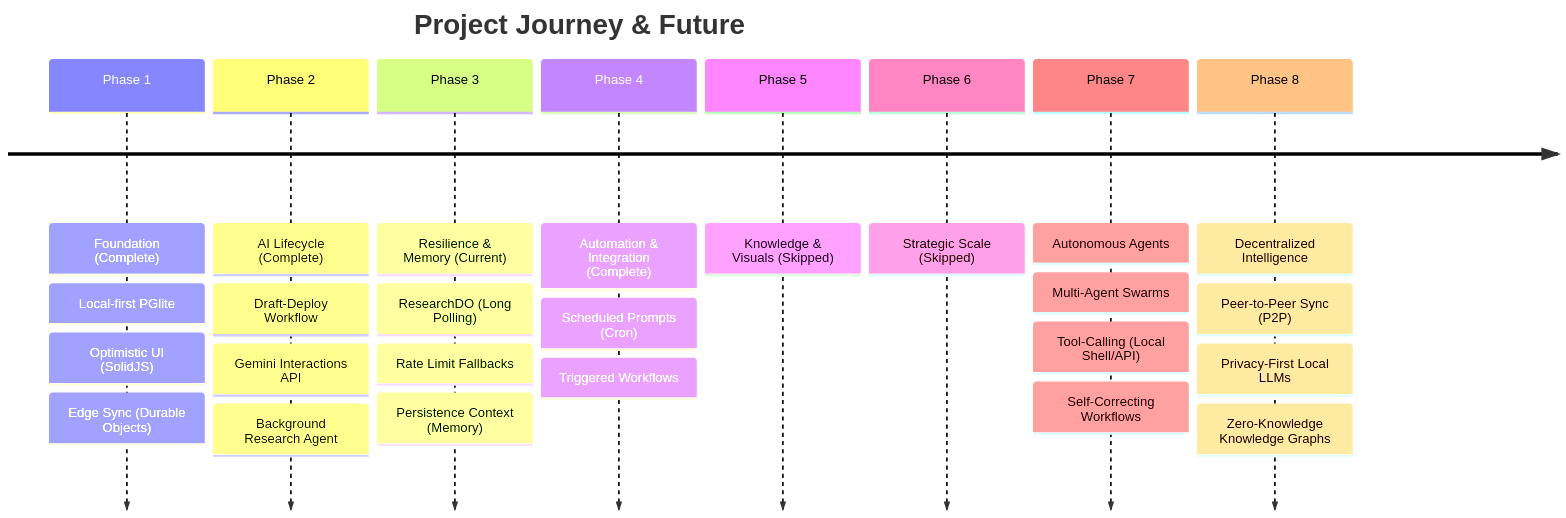
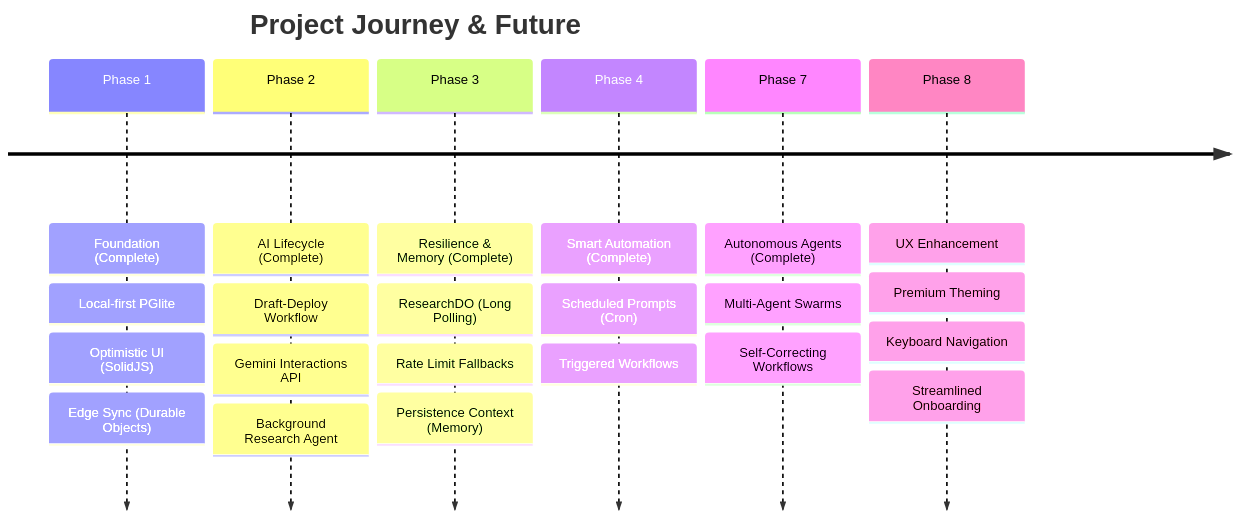
Before and after one commit to criticalinsight/trello-local-sync: the diagram in ROADMAP.md, drawn with Mermaid. The commit also changed other lines of this file and 1 other file, not shown here.

Commit message:
Ralph: Autonomous Iteration - Thu Jan 15 19:06:36 EAT 2026

````diff
--- a/ROADMAP.md
+++ b/ROADMAP.md
@@ -7,23 +7,20 @@
 ```mermaid
 timeline
     title Project Journey & Future
     Phase 1 : Foundation (Complete) : Local-first PGlite
             : Optimistic UI (SolidJS)
             : Edge Sync (Durable Objects)
     Phase 2 : AI Lifecycle (Complete) : Draft-Deploy Workflow
             : Gemini Interactions API
             : Background Research Agent
-    Phase 3 : Resilience & Memory (Current) : ResearchDO (Long Polling)
+    Phase 3 : Resilience & Memory (Complete) : ResearchDO (Long Polling)
             : Rate Limit Fallbacks
             : Persistence Context (Memory)
-    Phase 4 : Automation & Integration (Complete) : Scheduled Prompts (Cron)
+    Phase 4 : Smart Automation (Complete) : Scheduled Prompts (Cron)
             : Triggered Workflows
-    Phase 5 : Knowledge & Visuals (Skipped)
-    Phase 6 : Strategic Scale (Skipped)
-    Phase 7 : Autonomous Agents : Multi-Agent Swarms
-             : Tool-Calling (Local Shell/API)
+    Phase 7 : Autonomous Agents (Complete) : Multi-Agent Swarms
              : Self-Correcting Workflows
-    Phase 8 : Decentralized Intelligence : Peer-to-Peer Sync (P2P)
-             : Privacy-First Local LLMs
-             : Zero-Knowledge Knowledge Graphs
+    Phase 8 : UX Enhancement : Premium Theming
+             : Keyboard Navigation
+             : Streamlined Onboarding
 ```
````
